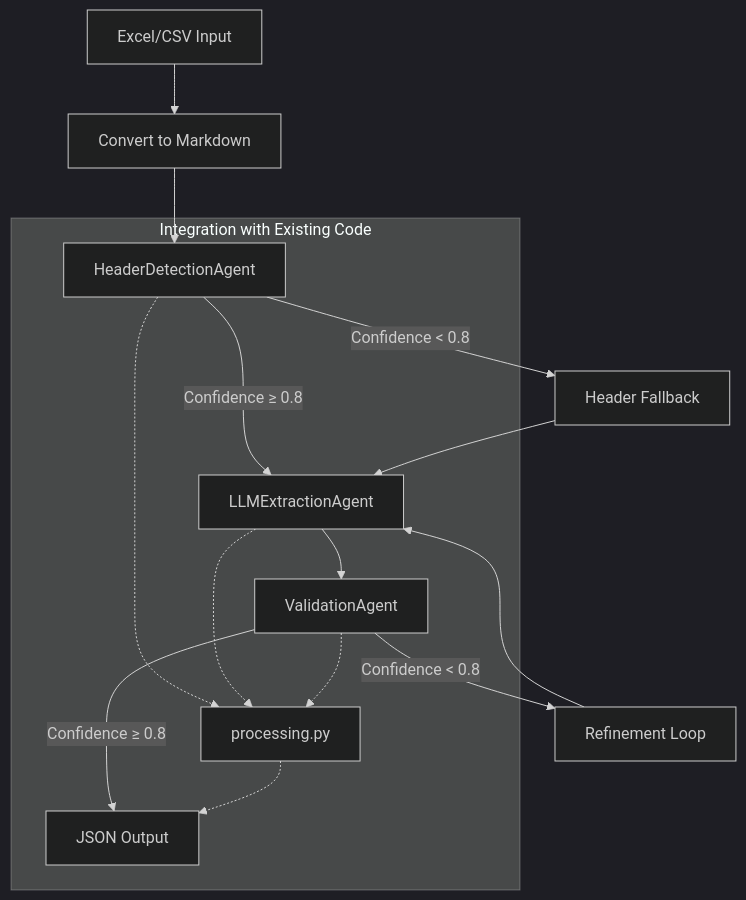
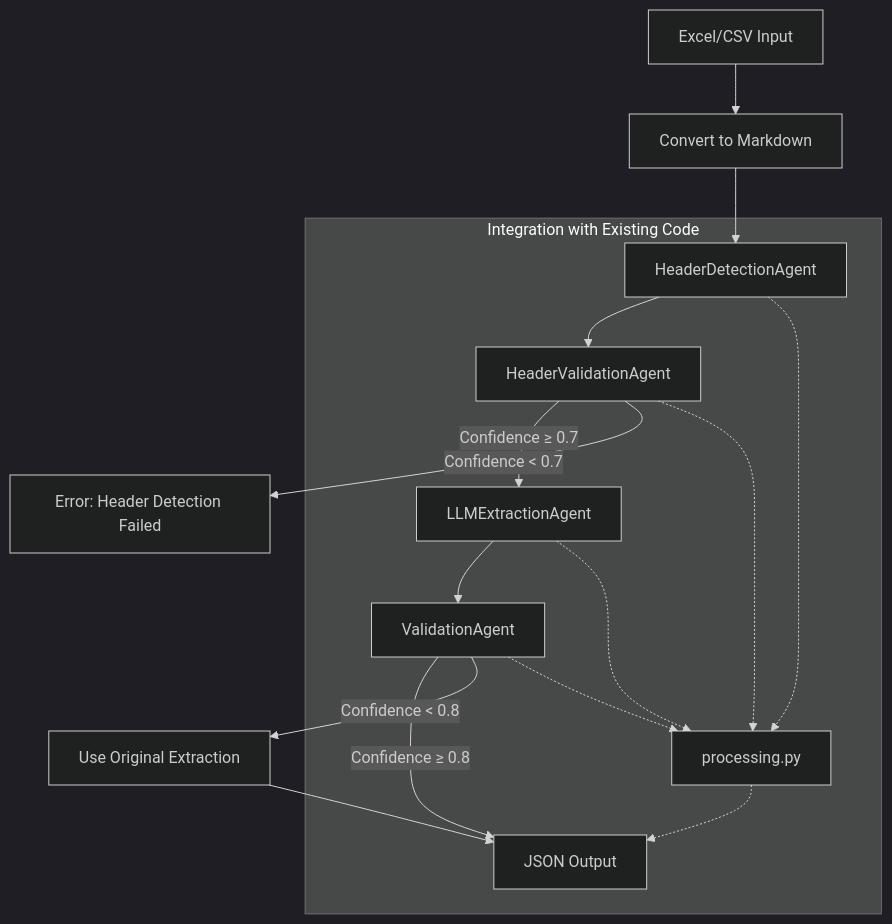
One commit to grungert/extraction_agents changed the diagram in plan.md. Above: the diagram before and after it, drawn with Mermaid (dark theme). The commit also changed other lines of this file and 6 other files, not shown here.

Commit message:
Added logic for examples for extraction agent, create script to create agent based on goriund truth

````diff
--- a/plan.md
+++ b/plan.md
@@ -12,22 +12,23 @@
 ```mermaid
 flowchart TD
     Input[Excel/CSV Input] --> Convert[Convert to Markdown]
     Convert --> HeaderDetect[HeaderDetectionAgent]
     
-    HeaderDetect -->|Confidence ≥ 0.8| Extract[LLMExtractionAgent]
-    HeaderDetect -->|Confidence < 0.8| FallbackH[Header Fallback]
-    FallbackH --> Extract
+    HeaderDetect --> HeaderValidate[HeaderValidationAgent]
+    HeaderValidate -->|Confidence ≥ 0.7| Extract[LLMExtractionAgent]
+    HeaderValidate -->|Confidence < 0.7| Error[Error: Header Detection Failed]
     
     Extract --> Validate[ValidationAgent]
     
     Validate -->|Confidence ≥ 0.8| Output[JSON Output]
-    Validate -->|Confidence < 0.8| Refine[Refinement Loop]
-    Refine --> Extract
+    Validate -->|Confidence < 0.8| UseOriginal[Use Original Extraction]
+    UseOriginal --> Output
     
     subgraph "Integration with Existing Code"
         HeaderDetect -.-> Process[processing.py]
+        HeaderValidate -.-> Process
         Extract -.-> Process
         Validate -.-> Process
         Process -.-> Output
     end
 ```
````
